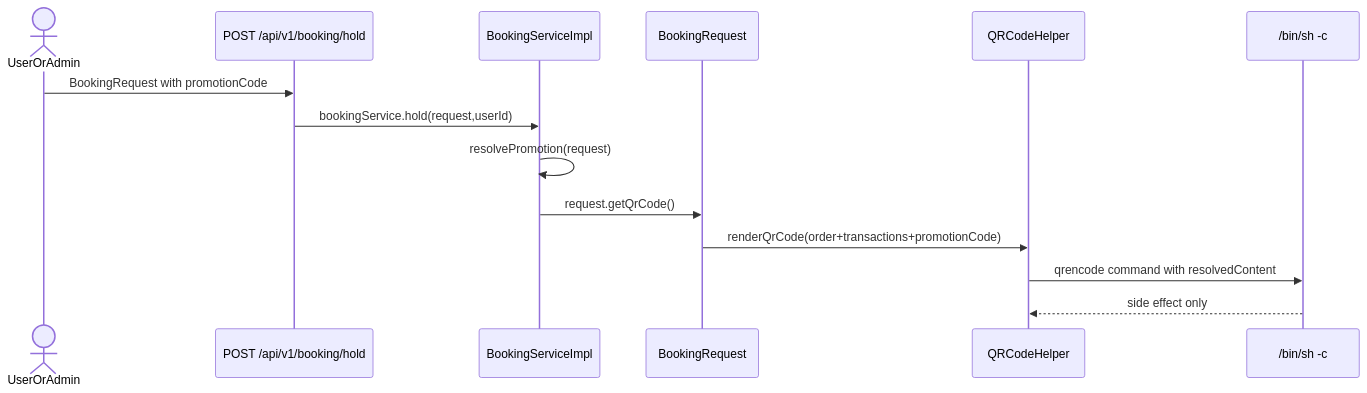
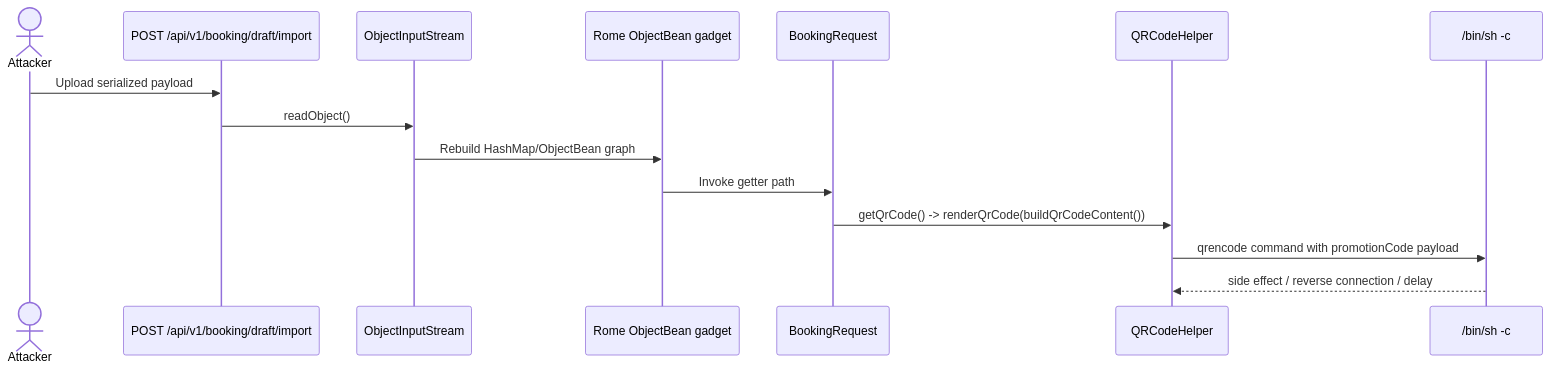
Before and after one commit to tr1la/WebLab_KTVAirline: diagram 17 of 17 in Report/Weblab All Vulnerabilities.md, drawn with Mermaid. The commit also changed other lines of this file and 3 other files, not shown here.

````diff
--- a/Report/Weblab All Vulnerabilities.md
+++ b/Report/Weblab All Vulnerabilities.md
@@ -2319,17 +2388,18 @@
 ```mermaid
 sequenceDiagram
-    actor UserOrAdmin
-    participant BookingAPI as POST /api/v1/booking/hold
-    participant Service as BookingServiceImpl
-    participant Request as BookingRequest
+    actor Attacker
+    participant Import as POST /api/v1/booking/draft/import
+    participant OIS as ObjectInputStream
+    participant Rome as Rome ObjectBean gadget
+    participant Req as BookingRequest
     participant QR as QRCodeHelper
     participant Shell as /bin/sh -c
 
-    UserOrAdmin->>BookingAPI: BookingRequest with promotionCode
-    BookingAPI->>Service: bookingService.hold(request,userId)
-    Service->>Service: resolvePromotion(request)
-    Service->>Request: request.getQrCode()
-    Request->>QR: renderQrCode(order+transactions+promotionCode)
-    QR->>Shell: qrencode command with resolvedContent
-    Shell-->>QR: side effect only
+    Attacker->>Import: Upload serialized payload
+    Import->>OIS: readObject()
+    OIS->>Rome: Rebuild HashMap/ObjectBean graph
+    Rome->>Req: Invoke getter path
+    Req->>QR: getQrCode() -> renderQrCode(buildQrCodeContent())
+    QR->>Shell: qrencode command with promotionCode payload
+    Shell-->>QR: side effect / reverse connection / delay
 ```
````
